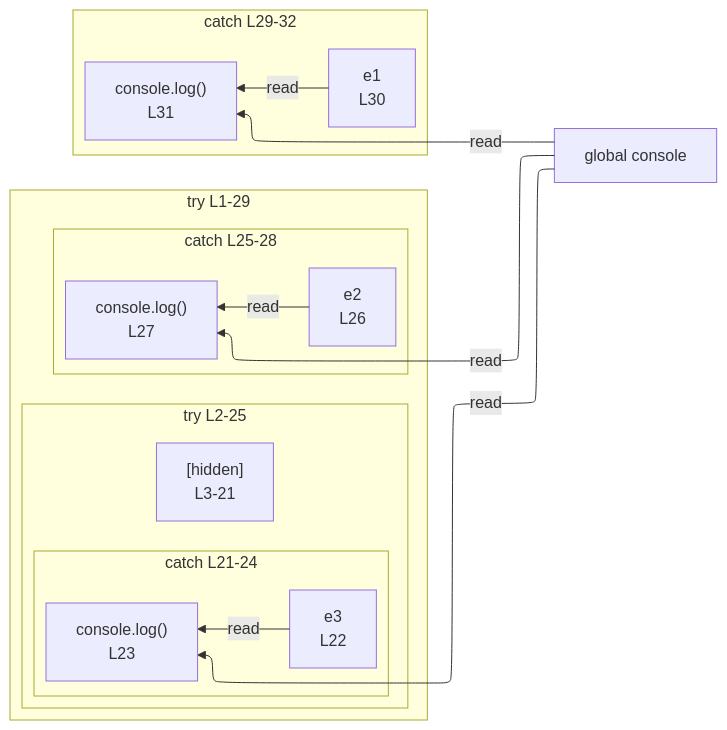
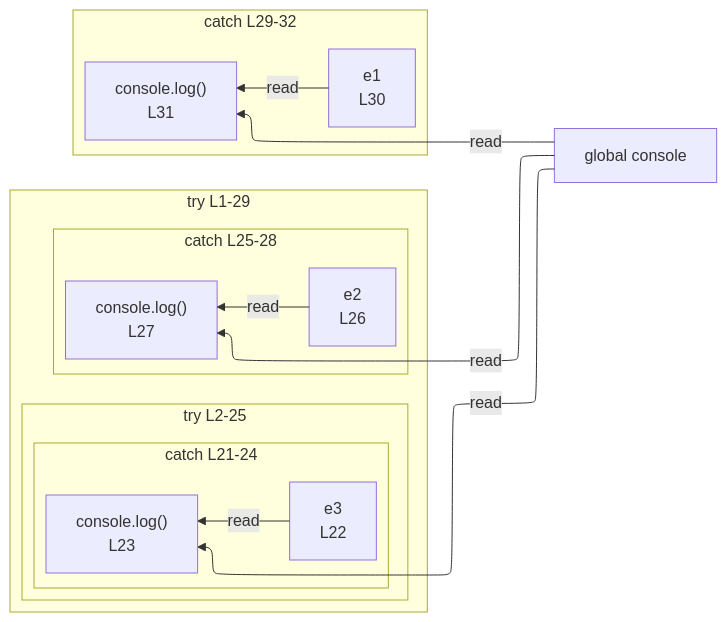
The diagram in integration/fixtures/app-behavior/depth/try-catch-finally/depth-2/preview.md (crescware/unsnarl), drawn with Mermaid before and after one commit. The commit also changed 96 other files, not shown here.

````diff
--- a/integration/fixtures/app-behavior/depth/try-catch-finally/depth-2/preview.md
+++ b/integration/fixtures/app-behavior/depth/try-catch-finally/depth-2/preview.md
@@ -42,33 +42,32 @@
 ```mermaid
 %%{init: {"flowchart": {"defaultRenderer": "elk"}}}%%
 flowchart RL
   n_scope_0_console_103["global console"]
   subgraph s_scope_1["try L1-29"]
     direction RL
     subgraph s_scope_2["try L2-25"]
       direction RL
-      collapsed_scope_3["[hidden]<br/>L3-21"]
       subgraph s_scope_10["catch L21-24"]
         direction RL
         n_scope_10_e3_391["e3<br/>L22"]
         expr_stmt_408["console.log()<br/>L23"]
       end
     end
     subgraph s_scope_11["catch L25-28"]
       direction RL
       n_scope_11_e2_453["e2<br/>L26"]
       expr_stmt_468["console.log()<br/>L27"]
     end
   end
   subgraph s_scope_12["catch L29-32"]
     direction RL
     n_scope_12_e1_507["e1<br/>L30"]
     expr_stmt_520["console.log()<br/>L31"]
   end
   n_scope_0_console_103 -->|read| expr_stmt_408
   n_scope_10_e3_391 -->|read| expr_stmt_408
   n_scope_0_console_103 -->|read| expr_stmt_468
   n_scope_11_e2_453 -->|read| expr_stmt_468
   n_scope_0_console_103 -->|read| expr_stmt_520
   n_scope_12_e1_507 -->|read| expr_stmt_520
 ```
````
